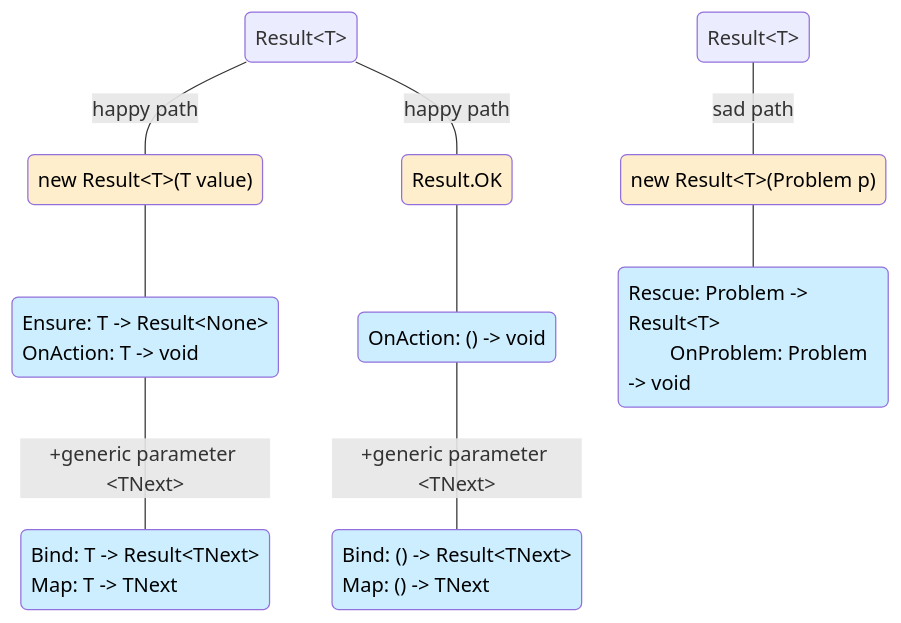
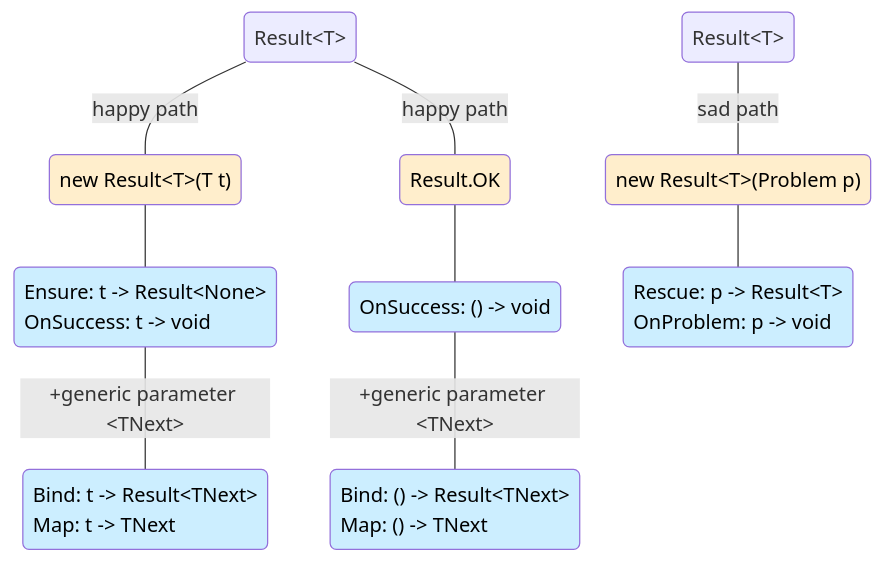
One commit to pwarner/WarpCode.Outcomes changed the diagram in docs/composing-results.md. Above: the diagram before and after it, drawn with Mermaid. The commit also changed other lines of this file and 6 other files, not shown here.

````diff
--- a/docs/composing-results.md
+++ b/docs/composing-results.md
@@ -13,44 +13,44 @@
 ```mermaid
 ---
 config:
   flowchart:
     padding: 0
 ---
 flowchart TD
     R("Result&ltT&gt")
     R2("Result&ltT&gt")
-    HR("new Result&ltT&gt(T value)")
+    HR("new Result&ltT&gt(T t)")
     SR("new Result&ltT&gt(Problem p)")
     H(
-        Ensure: T -> Result&ltNone&gt
-        OnAction: T -> void
+        Ensure: t -> Result&ltNone&gt
+        OnSuccess: t -> void
     )
     M(
-        Bind: T -> Result&ltTNext&gt
-        Map: T -> TNext
+        Bind: t -> Result&ltTNext&gt
+        Map: t -> TNext
     )
     S(
-        Rescue: Problem -> Result&ltT&gt
-        OnProblem: Problem -> void
+        Rescue: p -> Result&ltT&gt
+        OnProblem: p -> void
     )
     NR("Result.OK")
-    NH("OnAction: () -> void")
+    NH("OnSuccess: () -> void")
     NM("
         Bind: () -> Result&ltTNext&gt
         Map: () -> TNext
     ")
     R   --- |happy path| HR
     HR  --- H 
         --- |+generic parameter &lt;TNext&gt;| M
     
     R   --- |happy path| NR
     NR  --- NH 
         --- |+generic parameter &lt;TNext&gt;| NM
     
     R2  ---|sad path| SR
         --- S
     class H,M,S,NH,NM ops
     classDef ops text-align:left,fill:#CEF,color:black
     class HR,SR,NR type
     classDef type fill:#FEC,color:black
 ```
````
